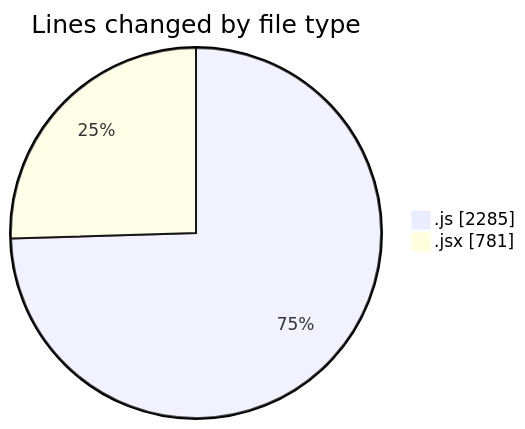
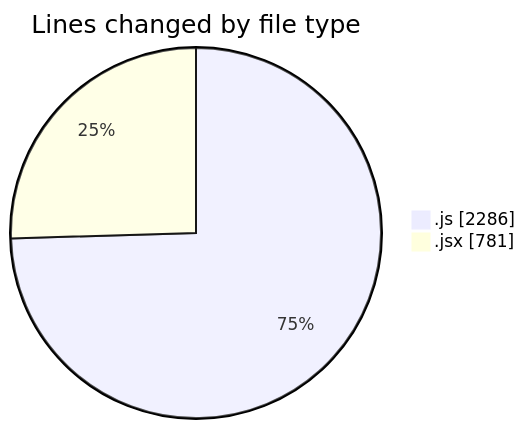
The first of 2 diagrams in 2025-09-11/nxtqube_webapp/README.md (nxtqubesakshisongat/code-tracking), drawn with Mermaid before and after one commit. The commit also changed other lines of this file and 2 other files, not shown here.

````diff
--- a/2025-09-11/nxtqube_webapp/README.md
+++ b/2025-09-11/nxtqube_webapp/README.md
@@ -27,6 +27,6 @@
 ```mermaid
 pie showData
 title Lines changed by file type
-".js" : 2285
+".js" : 2286
 ".jsx" : 781
 ```
````
